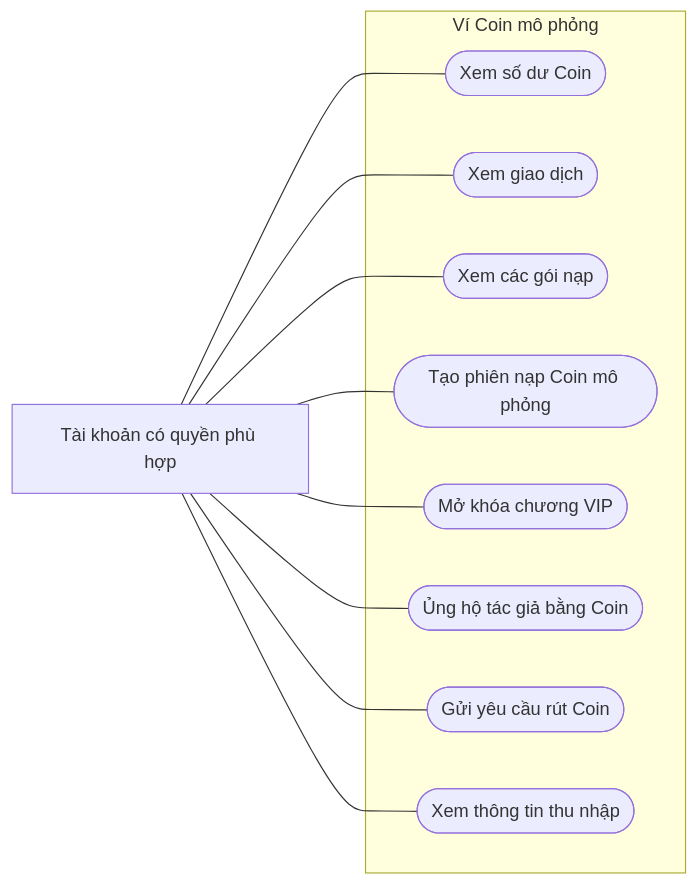
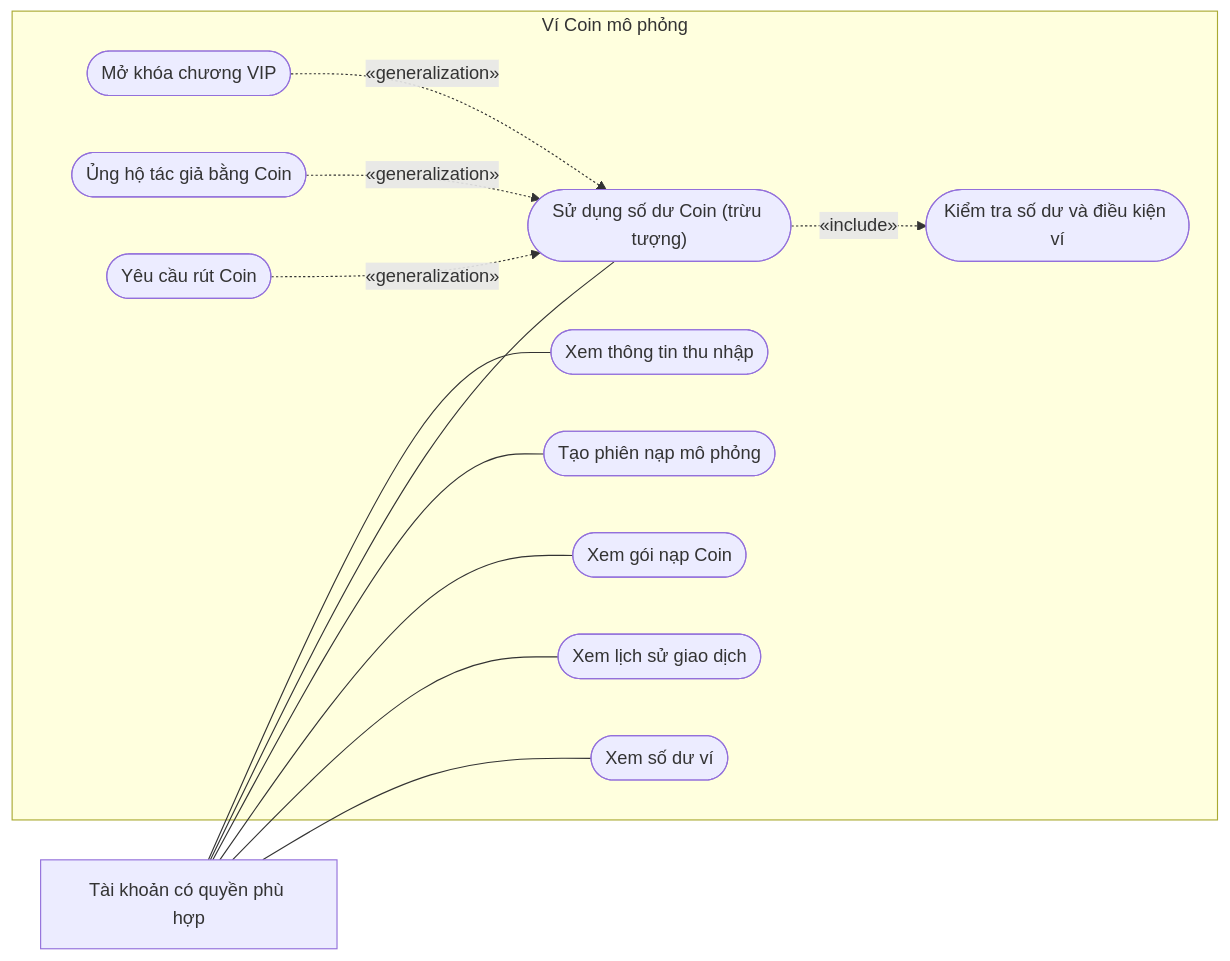
The third of 3 diagrams in docs/chuong-3-so-do/01a-usecase-doc-gia.md (Ephurin/Novel_sharing_platform), drawn with Mermaid before and after one commit. The commit also changed other lines of this file, not shown here.

Commit message:
docs: correct use case hierarchy and UML relationships

````diff
--- a/docs/chuong-3-so-do/01a-usecase-doc-gia.md
+++ b/docs/chuong-3-so-do/01a-usecase-doc-gia.md
@@ -81,22 +98,26 @@
 ```mermaid
 flowchart LR
     U["Tài khoản có quyền phù hợp"]
     subgraph SYS["Ví Coin mô phỏng"]
-        U1(["Xem số dư Coin"])
-        U2(["Xem giao dịch"])
-        U3(["Xem các gói nạp"])
-        U4(["Tạo phiên nạp Coin mô phỏng"])
-        U5(["Mở khóa chương VIP"])
-        U6(["Ủng hộ tác giả bằng Coin"])
-        U7(["Gửi yêu cầu rút Coin"])
-        U8(["Xem thông tin thu nhập"])
+        U1(["Xem số dư ví"])
+        U2(["Xem lịch sử giao dịch"])
+        U3(["Xem gói nạp Coin"])
+        U4(["Tạo phiên nạp mô phỏng"])
+        U5(["Sử dụng số dư Coin (trừu tượng)"])
+        U6(["Mở khóa chương VIP"])
+        U7(["Ủng hộ tác giả bằng Coin"])
+        U8(["Yêu cầu rút Coin"])
+        U9(["Kiểm tra số dư và điều kiện ví"])
+        U10(["Xem thông tin thu nhập"])
     end
     U --- U1
     U --- U2
     U --- U3
     U --- U4
     U --- U5
-    U --- U6
-    U --- U7
-    U --- U8
+    U --- U10
+    U6 -.->|"«generalization»"| U5
+    U7 -.->|"«generalization»"| U5
+    U8 -.->|"«generalization»"| U5
+    U5 -.->|"«include»"| U9
 ```
````
